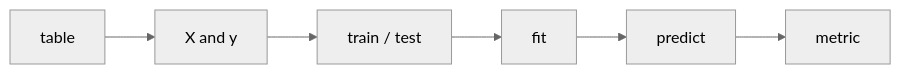
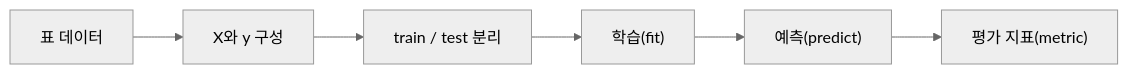
The second of 2 diagrams in docs/parts/part-02/chapter-15/section-02.md (devchan64/AiBook), drawn with Mermaid (neutral theme) before and after one commit. The commit also changed other lines of this file and 17 other files, not shown here.

Commit message:
docs: localize more part 2 mermaid diagrams

````diff
--- a/docs/parts/part-02/chapter-15/section-02.md
+++ b/docs/parts/part-02/chapter-15/section-02.md
@@ -149,11 +149,11 @@
 ```mermaid
 flowchart LR
-    table["table"]
-    xy["X and y"]
-    split["train / test"]
-    fit["fit"]
-    predict["predict"]
-    metric["metric"]
+    table["표 데이터"]
+    xy["X와 y 구성"]
+    split["train / test 분리"]
+    fit["학습(fit)"]
+    predict["예측(predict)"]
+    metric["평가 지표(metric)"]
 
     table --> xy --> split --> fit --> predict --> metric
 ```
````
